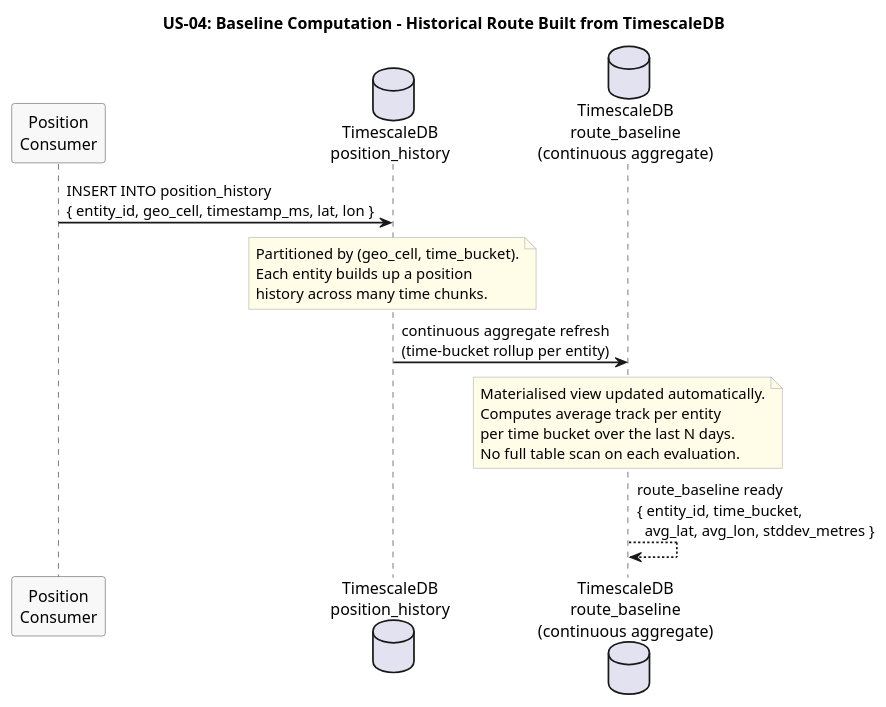
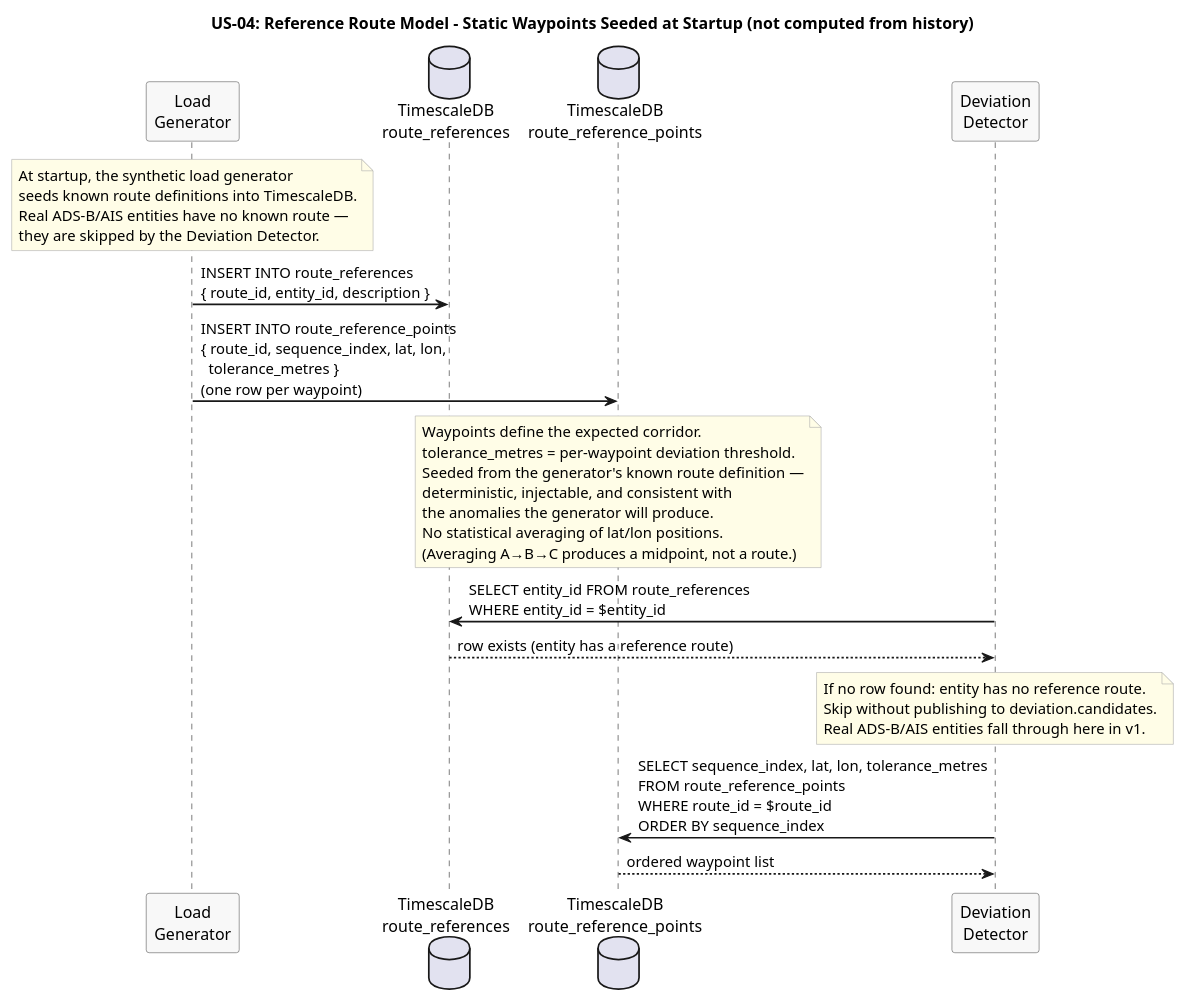
Before and after one commit to Buffden/sentinel: the diagram in docs/use-cases/US-04-route-deviation-alert/baseline-computation.puml, drawn with PlantUML. The commit also changed 2 other files, not shown here.

Commit message:
schema: replace route_baseline continuous aggregate with static reference routes
Drop the route_baseline materialised view — averaging lat/lon per time bucket produces
a midpoint, not a route corridor. Introduce route_references + route_reference_points
tables seeded by the load generator at startup. Real ADS-B/AIS entities have no
reference route and are skipped by the Deviation Detector. Document decision in ADR-015.

```diff
--- a/docs/use-cases/US-04-route-deviation-alert/baseline-computation.puml
+++ b/docs/use-cases/US-04-route-deviation-alert/baseline-computation.puml
@@ -1,33 +1,48 @@
 @startuml baseline-computation
-title US-04: Baseline Computation - Historical Route Built from TimescaleDB
+title US-04: Reference Route Model - Static Waypoints Seeded at Startup (not computed from history)
 
 skinparam sequenceArrowThickness 1.5
 skinparam participantBorderColor #555555
 skinparam participantBackgroundColor #F8F8F8
 skinparam noteBorderColor #AAAAAA
 skinparam noteBackgroundColor #FFFDE7
 
-participant "Position\nConsumer" as Consumer
-database "TimescaleDB\nposition_history" as TSDB
-database "TimescaleDB\nroute_baseline\n(continuous aggregate)" as Baseline
+participant "Load\nGenerator" as LoadGen
+database "TimescaleDB\nroute_references" as RouteRef
+database "TimescaleDB\nroute_reference_points" as RoutePoints
+participant "Deviation\nDetector" as Detector
 
-Consumer -> TSDB : INSERT INTO position_history\n{ entity_id, geo_cell, timestamp_ms, lat, lon }
-
-note over TSDB
-  Partitioned by (geo_cell, time_bucket).
-  Each entity builds up a position
-  history across many time chunks.
+note over LoadGen
+  At startup, the synthetic load generator
+  seeds known route definitions into TimescaleDB.
+  Real ADS-B/AIS entities have no known route —
+  they are skipped by the Deviation Detector.
 end note
 
-TSDB -> Baseline : continuous aggregate refresh\n(time-bucket rollup per entity)
+LoadGen -> RouteRef : INSERT INTO route_references\n{ route_id, entity_id, description }
 
-note over Baseline
-  Materialised view updated automatically.
-  Computes average track per entity
-  per time bucket over the last N days.
-  No full table scan on each evaluation.
+LoadGen -> RoutePoints : INSERT INTO route_reference_points\n{ route_id, sequence_index, lat, lon,\n  tolerance_metres }\n(one row per waypoint)
+
+note over RoutePoints
+  Waypoints define the expected corridor.
+  tolerance_metres = per-waypoint deviation threshold.
+  Seeded from the generator's known route definition —
+  deterministic, injectable, and consistent with
+  the anomalies the generator will produce.
+  No statistical averaging of lat/lon positions.
+  (Averaging A→B→C produces a midpoint, not a route.)
 end note
 
-Baseline --> Baseline : route_baseline ready\n{ entity_id, time_bucket,\n  avg_lat, avg_lon, stddev_metres }
+Detector -> RouteRef : SELECT entity_id FROM route_references\nWHERE entity_id = $entity_id
+RouteRef --> Detector : row exists (entity has a reference route)
+
+note over Detector
+  If no row found: entity has no reference route.
+  Skip without publishing to deviation.candidates.
+  Real ADS-B/AIS entities fall through here in v1.
+end note
+
+Detector -> RoutePoints : SELECT sequence_index, lat, lon, tolerance_metres\nFROM route_reference_points\nWHERE route_id = $route_id\nORDER BY sequence_index
+RoutePoints --> Detector : ordered waypoint list
 
 @enduml
```
